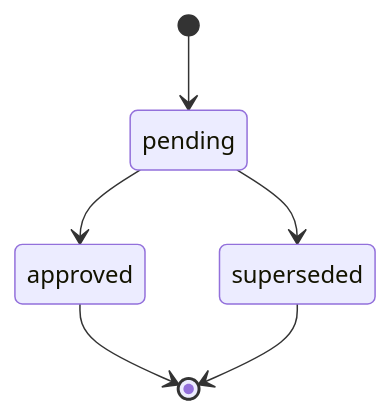
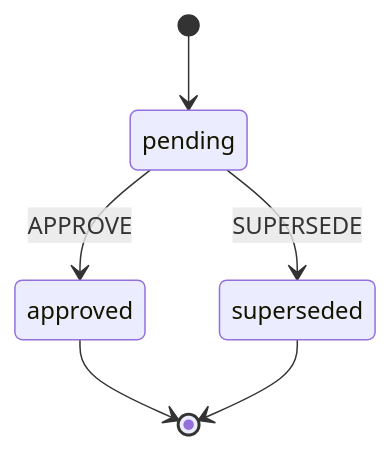
One commit to kody-hq/kody changed the sixth of 51 diagrams in docs/contributing/state-machines.md. Above: the diagram before and after it, drawn with Mermaid. The commit also changed other lines of this file and 129 other files, not shown here.

````diff
--- a/docs/contributing/state-machines.md
+++ b/docs/contributing/state-machines.md
@@ -164,8 +195,8 @@
 ```mermaid
 stateDiagram-v2
     [*] --> pending
-    pending --> approved
-    pending --> superseded
+    pending --> approved: APPROVE
+    pending --> superseded: SUPERSEDE
     approved --> [*]
     superseded --> [*]
 ```
````
